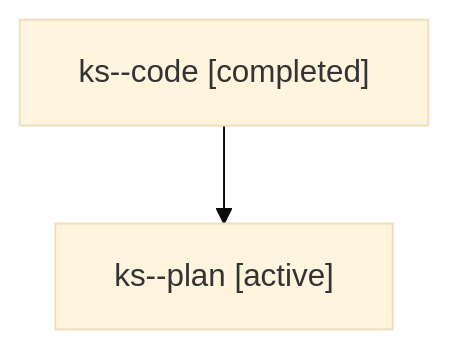
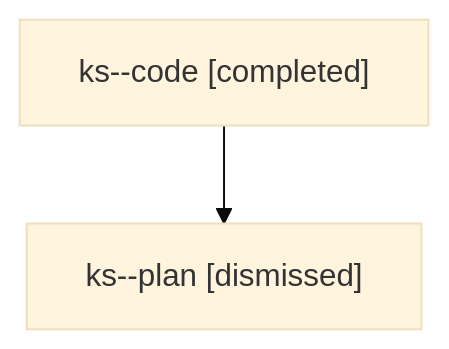
The diagram in sessions/bbugyi200.athena.ks.md (sase-org/sase--agents), drawn with Mermaid (base theme) before and after one commit. The commit also changed other lines of this file and 50 other files, not shown here.

````diff
--- a/sessions/bbugyi200.athena.ks.md
+++ b/sessions/bbugyi200.athena.ks.md
@@ -9,6 +9,6 @@
 ```mermaid
 flowchart TD
   n0["ks--code [completed]"]
-  n1["ks--plan [active]"]
+  n1["ks--plan [dismissed]"]
   n0 --> n1
 ```
````
